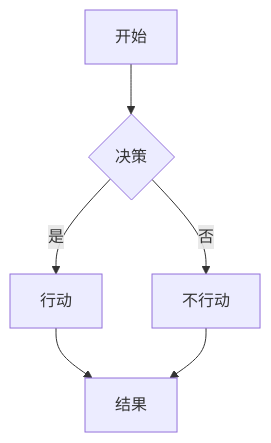
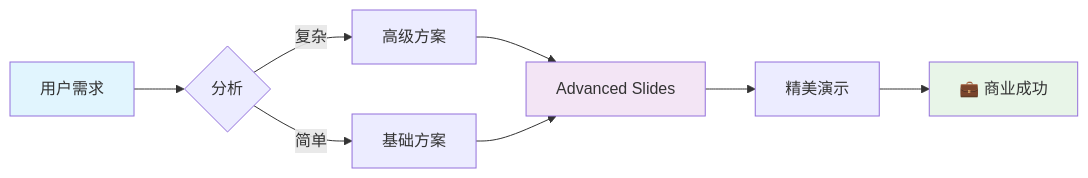
One commit to constant-007/Obsidian-tutorial changed the diagram in 示例/Advanced Slides 插件演示.md. Above: the diagram before and after it, drawn with Mermaid. The commit also changed other lines of this file and 10 other files, not shown here.

````diff
--- a/示例/Advanced Slides 插件演示.md
+++ b/示例/Advanced Slides 插件演示.md
@@ -85,8 +162,14 @@
 ```mermaid
-graph TD
-    A[开始] --> B{决策}
-    B -->|是| C[行动]
-    B -->|否| D[不行动]
-    C --> E[结果]
+graph LR
+    A[用户需求] --> B{分析}
+    B -->|复杂| C[高级方案]
+    B -->|简单| D[基础方案]
+    C --> E[Advanced Slides]
     D --> E
+    E --> F[精美演示]
+    F --> G[💼 商业成功]
+    
+    style A fill:#e1f5fe
+    style E fill:#f3e5f5
+    style G fill:#e8f5e8
 ```
````
